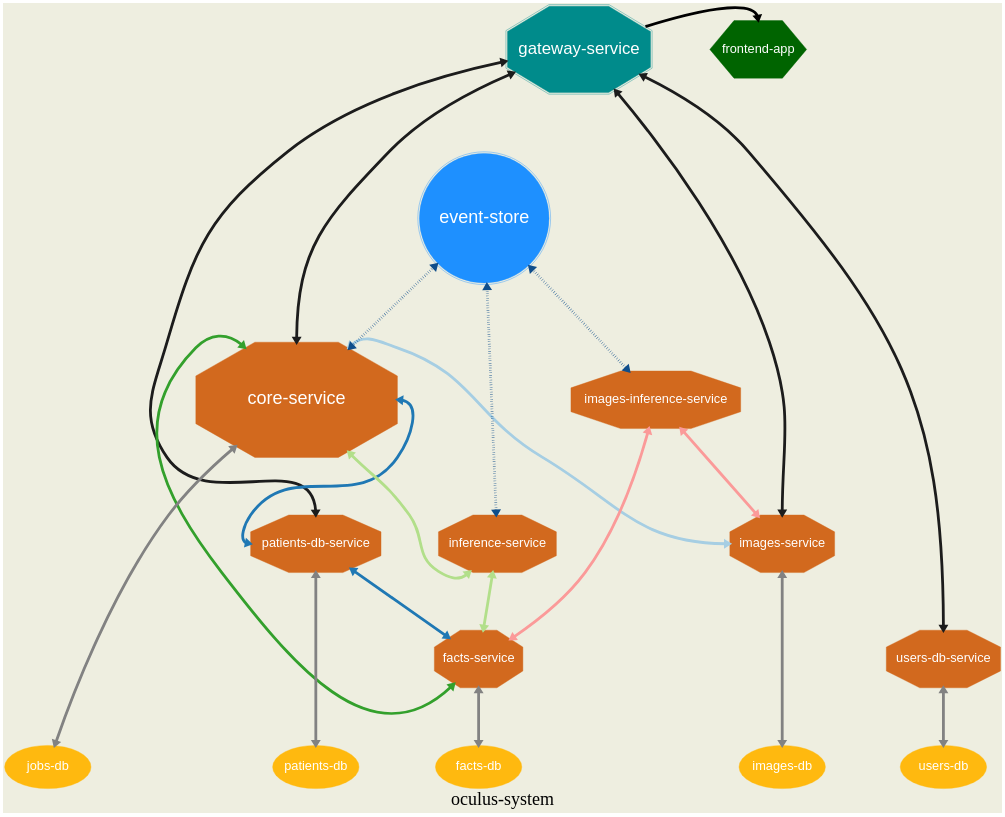
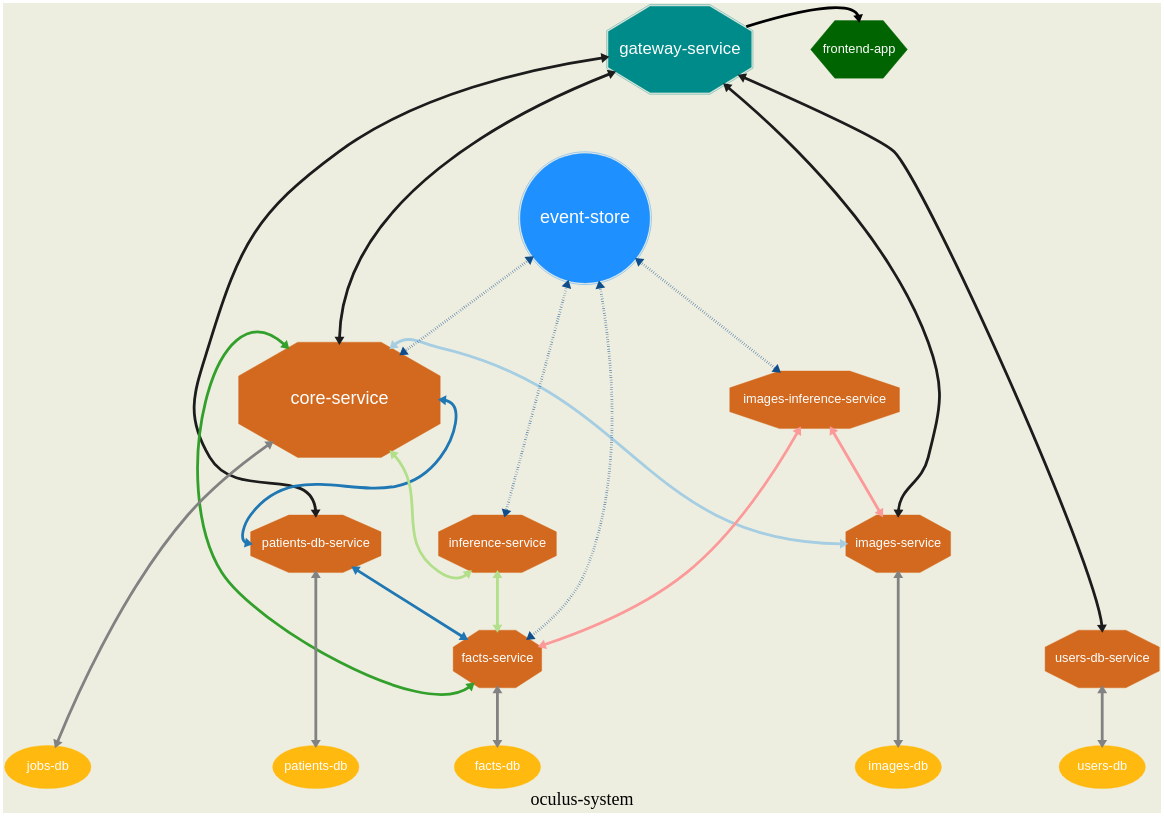
The diagram in oculus-system.gv (OCULUS-project/oculus-system-map), drawn with Graphviz before and after one commit. The commit also changed 2 other files, not shown here.

Commit message:
events -> facts

```diff
--- a/oculus-system.gv
+++ b/oculus-system.gv
@@ -1,90 +1,91 @@
 digraph oculus {
     
     label="oculus-system" 
    
     graph [fontsize=45 ranksep=2 bgcolor=ivory2]
     node [fontname=Arial fontcolor=white]
     edge [dir=both penwidth=7] 
     nodesep=2
 
     subgraph gateway {
         node [fontsize=42 shape=doubleoctagon style=filled color=cyan4 height=3]
 
         {rank=source; "gateway-service"}
     }
     
     subgraph services {
         node [padding=5 fontsize=32 shape=octagon style=filled color=chocolate height=2 colorsheme=paired12]
         edge [style=bold colorscheme="paired12"]
 
         "core-service" [padding=8 fontsize=45 height=4 width=7]
         "facts-service"
         "images-service"
         "patients-db-service"
         "users-db-service"
         "inference-service"
         "images-inference-service"
 
         "core-service" -> "images-service" [headport=w tailport=ne colorsheme=paired12 color=1]
         "core-service" -> "patients-db-service" [headport=w tailport=e color=2]
         "core-service" -> "inference-service" [headport=sw tailport=se color=3]
         "core-service" -> "facts-service" [headport=sw tailport=nw color=4]
 
         "inference-service" -> "facts-service" [color=3]
 
         "images-inference-service" -> "images-service" [color=5]
         "images-inference-service" -> "facts-service" [color=5]
 
         "patients-db-service" -> "facts-service" [color=2]
         
     }
 
     subgraph databases {
         node [fontsize=32 shape=ellipse width=3 style=filled color=darkgoldenrod1 height=1.5]
         
         { rank=sink;
            "jobs-db"
            "facts-db"
            "images-db"
            "patients-db"
            "users-db"
         }
     }
 
     subgraph events {
         node [fontsize=45 shape=doublecircle width=4.5 style=filled color=dodgerblue1]
 
         "event-store"
     }
 
     subgraph frontend {
         node [fontsize=32 shape=hexagon style=filled color=darkgreen height=2]
 
         { rank=source; "frontend-app" }
     }
 
     subgraph gateway_service_connections {
         "gateway-service" -> "frontend-app" [headport=n]
         "gateway-service" -> "core-service" [headport=n color=grey11]
         "gateway-service" -> "images-service" [headport=n color=grey11]
         "gateway-service" -> "patients-db-service" [headport=n color=grey11]
         "gateway-service" -> "users-db-service" [headport=n color=grey11]
     }
 
     subgraph service_db_connections {
         "jobs-db" -> "core-service" [color=gray51]
         "facts-db" -> "facts-service" [color=gray51]
         "images-db" -> "images-service" [color=gray51]
         "patients-db" -> "patients-db-service" [color=gray51]
         "users-db" -> "users-db-service" [color=gray51]
     }
 
     subgraph event_bus {
         edge [style=dotted color=dodgerblue4]
 
         "event-store" -> "core-service"
+        "event-store" -> "facts-service"
         "event-store" -> "inference-service"
         "event-store" -> "images-inference-service"
     }
 
 }
```
